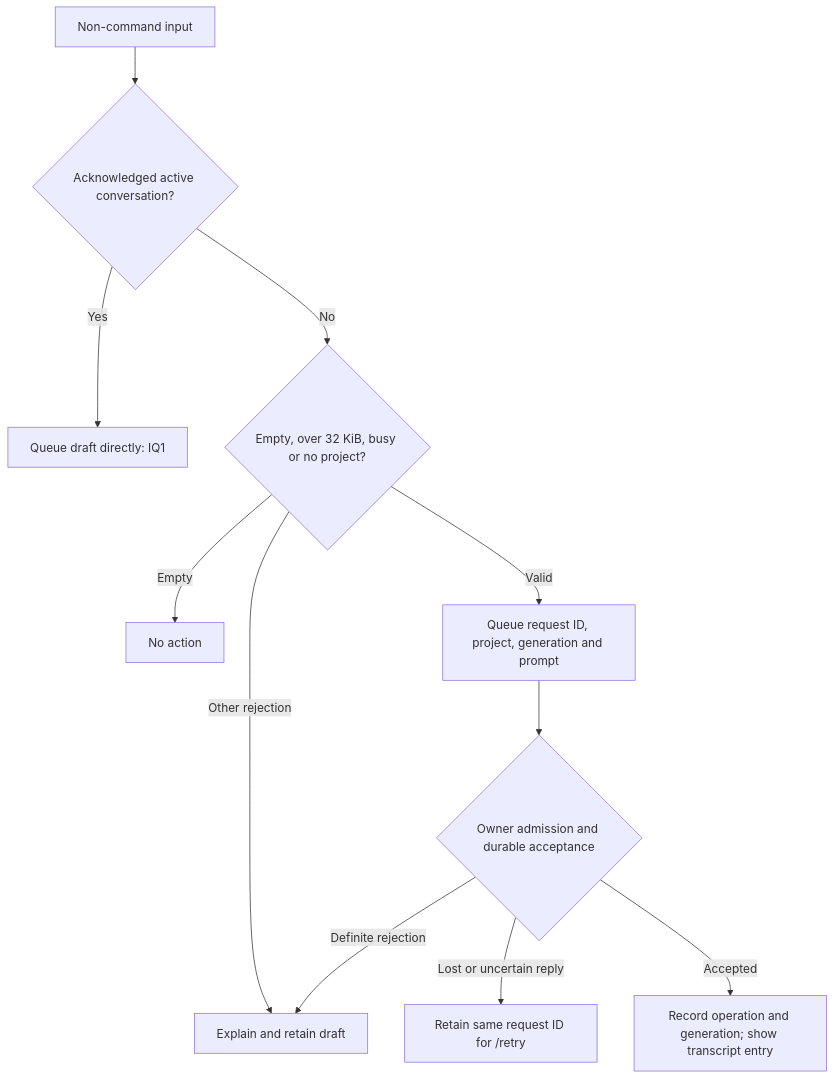
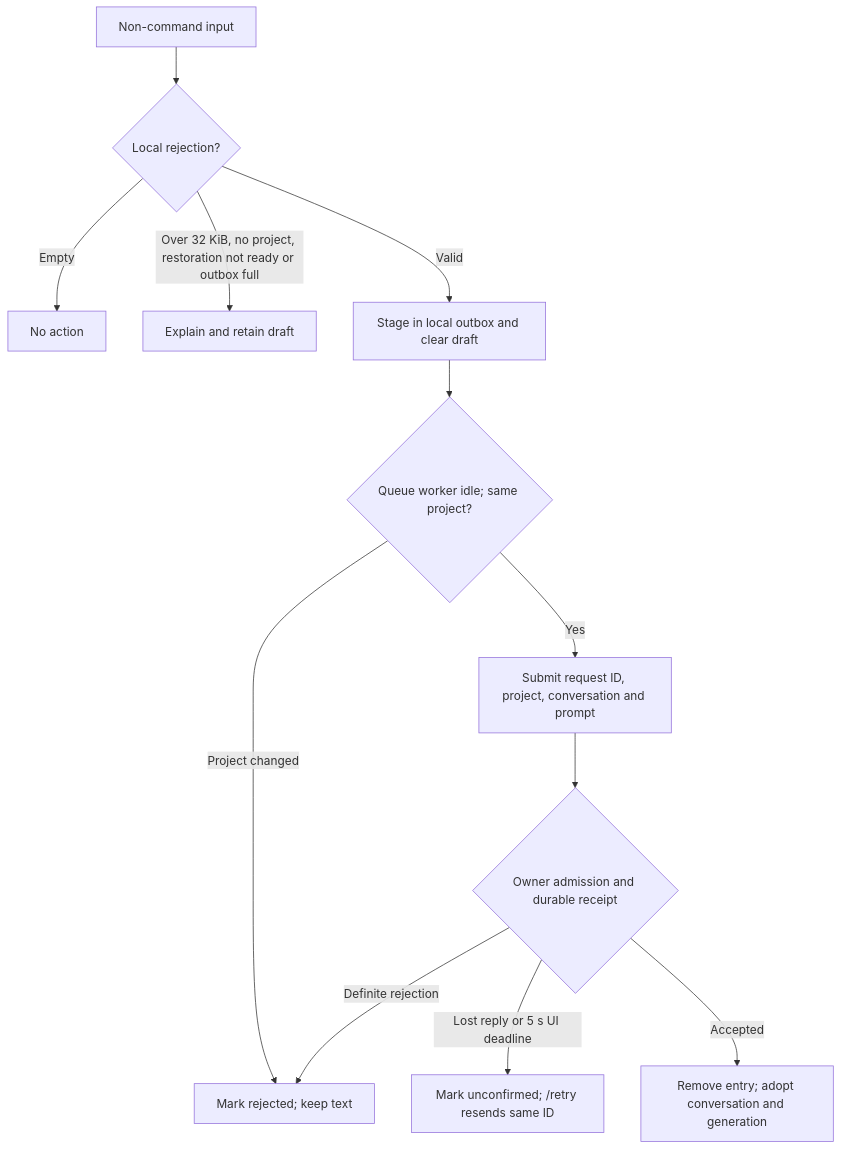
Before and after one commit to pidster/asura: diagram 11 of 17 in docs/designs/command-flows.md, drawn with Mermaid. The commit also changed other lines of this file and 29 other files, not shown here.

````diff
--- a/docs/designs/command-flows.md
+++ b/docs/designs/command-flows.md
@@ -322,13 +344,14 @@
 ```mermaid
 flowchart TD
-    Text["Non-command input"] --> Active{"Acknowledged active conversation?"}
-    Active -->|Yes| Choice["Queue draft directly: IQ1"]
-    Active -->|No| Local{"Empty, over 32 KiB, busy or no project?"}
+    Text["Non-command input"] --> Local{"Local rejection?"}
     Local -->|Empty| Ignore["No action"]
-    Local -->|"Other rejection"| Keep["Explain and retain draft"]
-    Local -->|Valid| Submit["Queue request ID, project, generation and prompt"]
-    Submit --> Admit{"Owner admission and durable acceptance"}
-    Admit -->|"Definite rejection"| Keep
-    Admit -->|"Lost or uncertain reply"| Retry["Retain same request ID for /retry"]
-    Admit -->|Accepted| Accept["Record operation and generation; show transcript entry"]
+    Local -->|"Over 32 KiB, no project, restoration not ready or outbox full"| Keep["Explain and retain draft"]
+    Local -->|Valid| Stage["Stage in local outbox and clear draft"]
+    Stage --> Worker{"Queue worker idle; same project?"}
+    Worker -->|"Project changed"| Rejected["Mark rejected; keep text"]
+    Worker -->|Yes| Submit["Submit request ID, project, conversation and prompt"]
+    Submit --> Admit{"Owner admission and durable receipt"}
+    Admit -->|"Definite rejection"| Rejected
+    Admit -->|"Lost reply or 5 s UI deadline"| Retry["Mark unconfirmed; /retry resends same ID"]
+    Admit -->|Accepted| Accept["Remove entry; adopt conversation and generation"]
 ```
````
